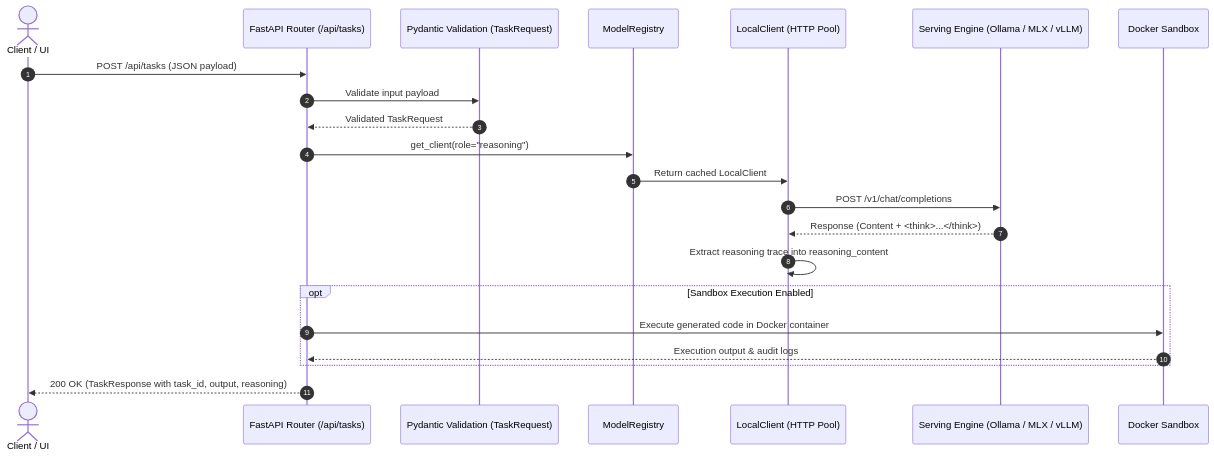
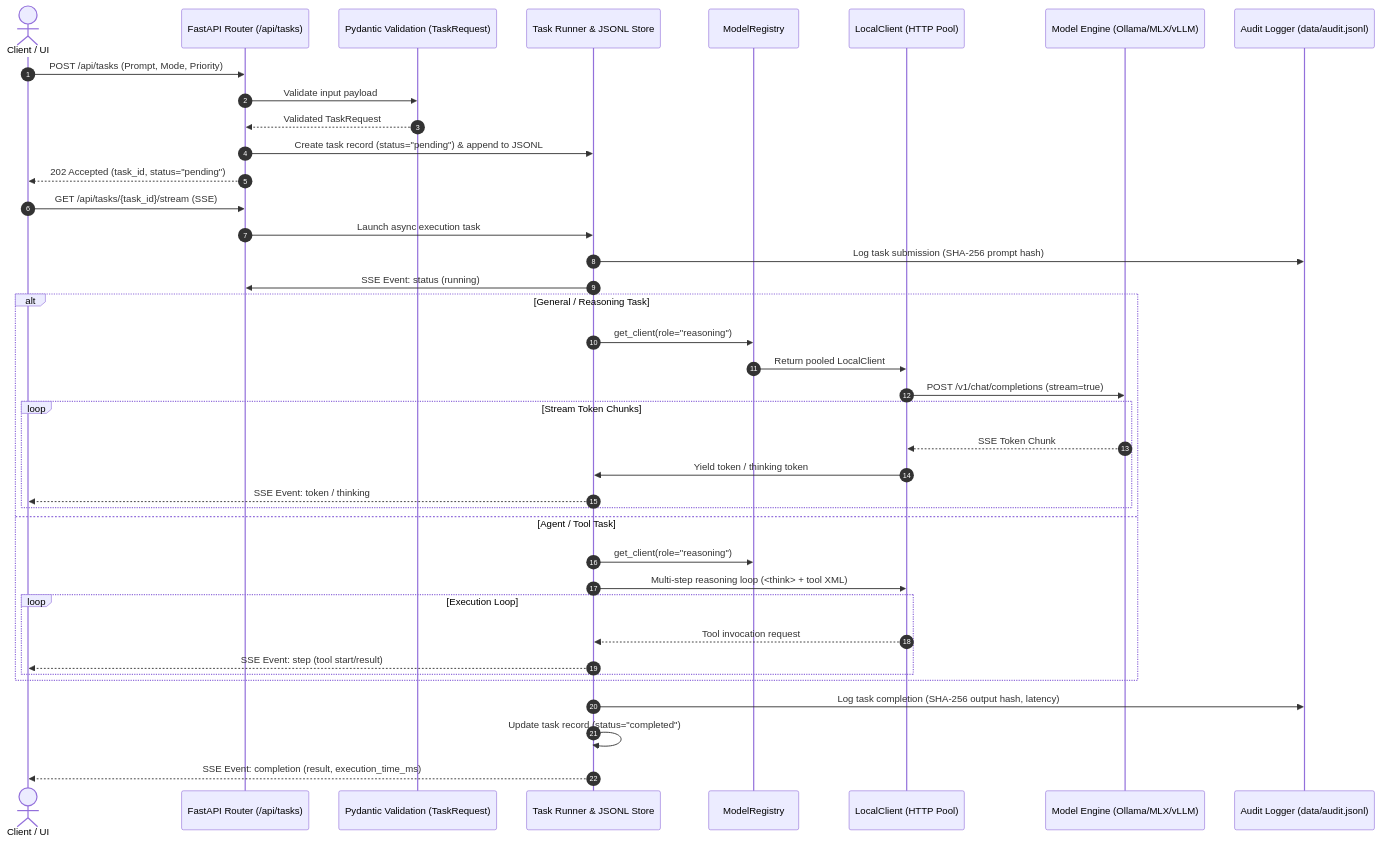
Before and after one commit to mevarx/SIH2026tmp: the first of 2 diagrams in brain.md, drawn with Mermaid. The commit also changed other lines of this file and 3 other files, not shown here.

````diff
--- a/brain.md
+++ b/brain.md
@@ -170,25 +225,45 @@
 ```mermaid
 sequenceDiagram
     autonumber
     actor User as Client / UI
     participant API as FastAPI Router (/api/tasks)
     participant Schema as Pydantic Validation (TaskRequest)
+    participant Tasks as Task Runner & JSONL Store
     participant Registry as ModelRegistry
     participant Client as LocalClient (HTTP Pool)
-    participant Engine as Serving Engine (Ollama / MLX / vLLM)
-    participant Sandbox as Docker Sandbox
+    participant Engine as Model Engine (Ollama/MLX/vLLM)
+    participant Audit as Audit Logger (data/audit.jsonl)
 
-    User->>API: POST /api/tasks (JSON payload)
+    User->>API: POST /api/tasks (Prompt, Mode, Priority)
     API->>Schema: Validate input payload
     Schema-->>API: Validated TaskRequest
-    API->>Registry: get_client(role="reasoning")
-    Registry->>Client: Return cached LocalClient
-    Client->>Engine: POST /v1/chat/completions
-    Engine-->>Client: Response (Content + <think>...</think>)
-    Client->>Client: Extract reasoning trace into reasoning_content
-    opt Sandbox Execution Enabled
-        API->>Sandbox: Execute generated code in Docker container
-        Sandbox-->>API: Execution output & audit logs
+    API->>Tasks: Create task record (status="pending") & append to JSONL
+    API-->>User: 202 Accepted (task_id, status="pending")
+
+    User->>API: GET /api/tasks/{task_id}/stream (SSE)
+    API->>Tasks: Launch async execution task
+    Tasks->>Audit: Log task submission (SHA-256 prompt hash)
+    Tasks->>API: SSE Event: status (running)
+
+    alt General / Reasoning Task
+        Tasks->>Registry: get_client(role="reasoning")
+        Registry->>Client: Return pooled LocalClient
+        Client->>Engine: POST /v1/chat/completions (stream=true)
+        loop Stream Token Chunks
+            Engine-->>Client: SSE Token Chunk
+            Client->>Tasks: Yield token / thinking token
+            Tasks-->>User: SSE Event: token / thinking
+        end
+    else Agent / Tool Task
+        Tasks->>Registry: get_client(role="reasoning")
+        Tasks->>Client: Multi-step reasoning loop (<think> + tool XML)
+        loop Execution Loop
+            Client-->>Tasks: Tool invocation request
+            Tasks-->>User: SSE Event: step (tool start/result)
+        end
     end
-    API-->>User: 200 OK (TaskResponse with task_id, output, reasoning)
+
+    Tasks->>Audit: Log task completion (SHA-256 output hash, latency)
+    Tasks->>Tasks: Update task record (status="completed")
+    Tasks-->>User: SSE Event: completion (result, execution_time_ms)
 ```
````
